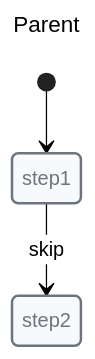
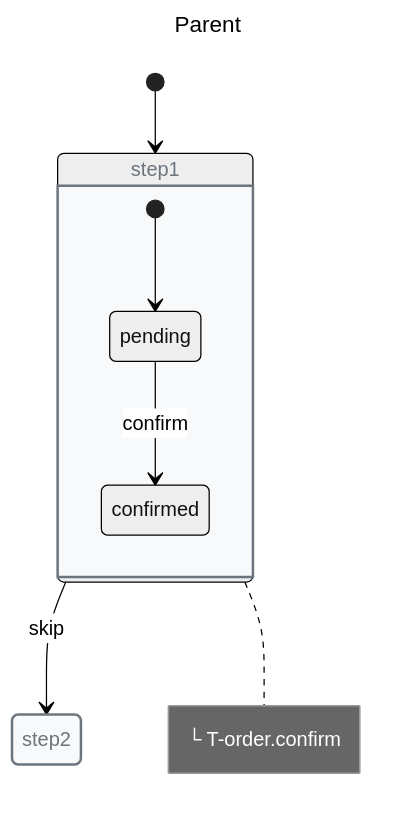
The diagram in media/nested-machines.mmd (Masquerade-Circus/x-robot), drawn with Mermaid (neutral theme) before and after one commit. The commit also changed 53 other files, not shown here.

Commit message:
refactor(mermaid): make documentate mermaid handle the same amount of context that planuml

```diff
--- a/media/nested-machines.mmd
+++ b/media/nested-machines.mmd
@@ -1,22 +1,34 @@
 ---
 title: Parent
 ---
 
 stateDiagram-v2
 direction TB
 
 classDef danger fill:#f8d7da,stroke:#721c24,stroke-width:2px,text-align:left,color:#721c24
 classDef warning fill:#fff3cd,stroke:#856404,stroke-width:2px,text-align:left,color:#856404
 classDef success fill:#d4edda,stroke:#155724,stroke-width:2px,text-align:left,color:#155724
 classDef primary fill:#cce5ff,stroke:#004085,stroke-width:2px,text-align:left,color:#004085
 classDef info fill:#d1ecf1,stroke:#0c5460,stroke-width:2px,text-align:left,color:#0c5460
 classDef def fill:#f8f9fa,stroke:#6c757d,stroke-width:2px,text-align:left,color:#6c757d
 
 state "step1" as step1
 state "step2" as step2
 class step1 def
 class step2 def
 
+state step1 {
+  state "pending" as Step1OrderPending
+  state "confirmed" as Step1OrderConfirmed
+
+
+  [*] --> Step1OrderPending
+  Step1OrderPending --> Step1OrderConfirmed: confirm
+}
+
+note right of step1
+  └ T-order.confirm
+end note
 
 [*] --> step1
 step1 --> step2: skip
```
